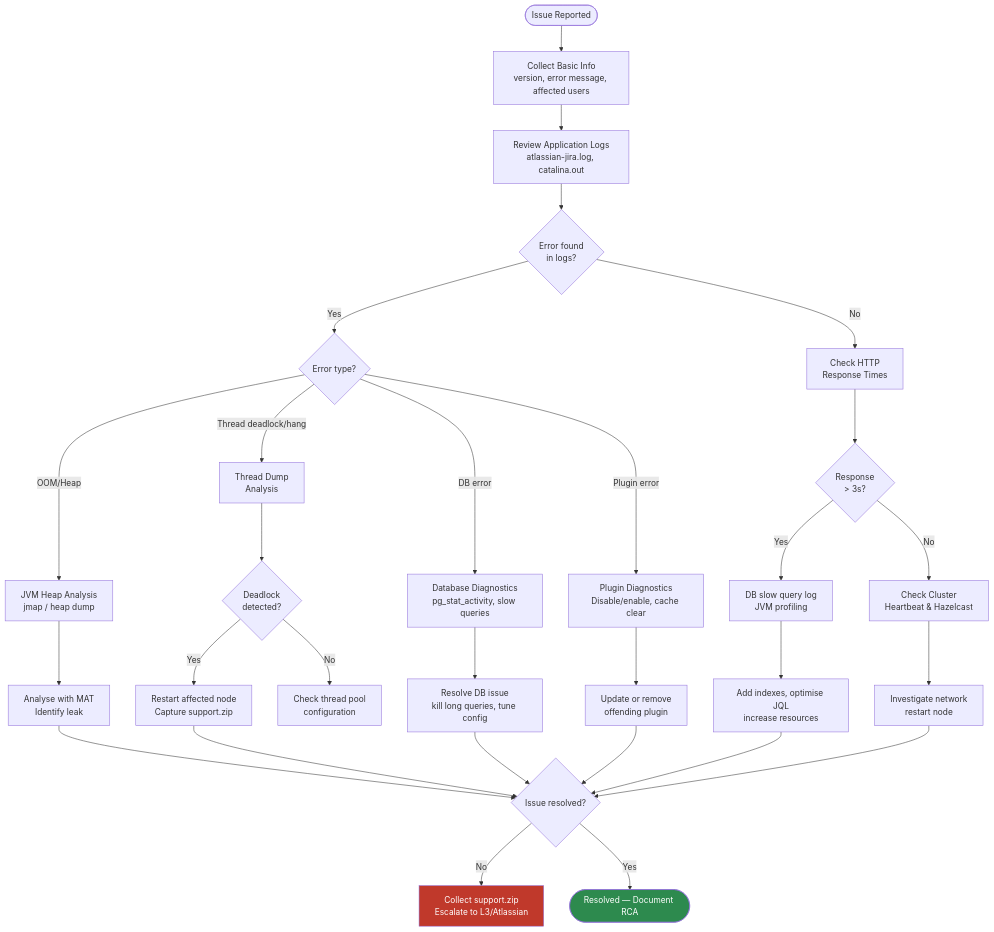
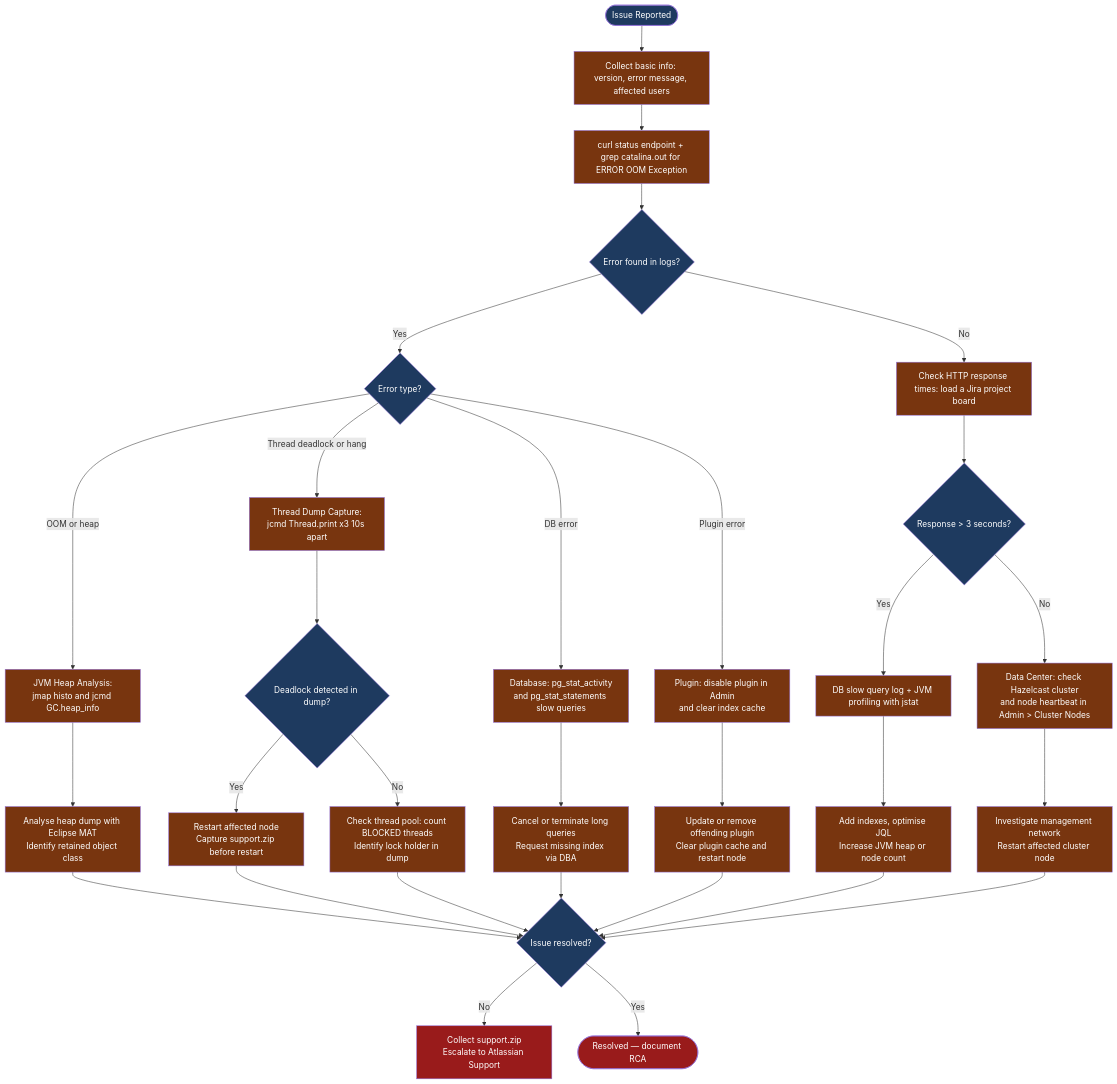
One commit to canast01/chris-kb changed the diagram in docs/itsm/jira/troubleshooting/diagnostics/index.md. Above: the diagram before and after it, drawn with Mermaid. The commit also changed other lines of this file and 4 other files, not shown here.

````diff
--- a/docs/itsm/jira/troubleshooting/diagnostics/index.md
+++ b/docs/itsm/jira/troubleshooting/diagnostics/index.md
@@ -29,42 +62,39 @@
 ```mermaid
-flowchart TD
-    ISSUE([Issue Reported]) --> BASIC[Collect Basic Info\nversion, error message, affected users]
+graph TD
+    A([Issue Reported]) --> B[Collect basic info: version, error message, affected users]
+    B --> C[curl status endpoint + grep catalina.out for ERROR OOM Exception]
+    C --> D{Error found in logs?}
+    D -->|Yes| E{Error type?}
+    D -->|No| F[Check HTTP response times: load a Jira project board]
+    E -->|OOM or heap| G[JVM Heap Analysis:\njmap histo and jcmd GC.heap_info]
+    E -->|Thread deadlock or hang| H[Thread Dump Capture:\njcmd Thread.print x3 10s apart]
+    E -->|DB error| I[Database: pg_stat_activity\nand pg_stat_statements slow queries]
+    E -->|Plugin error| J[Plugin: disable plugin in Admin\nand clear index cache]
+    F --> K{Response > 3 seconds?}
+    K -->|Yes| L[DB slow query log + JVM profiling with jstat]
+    K -->|No| M[Data Center: check Hazelcast cluster\nand node heartbeat in Admin > Cluster Nodes]
+    G --> N[Analyse heap dump with Eclipse MAT\nIdentify retained object class]
+    H --> O{Deadlock detected in dump?}
+    O -->|Yes| P[Restart affected node\nCapture support.zip before restart]
+    O -->|No| Q[Check thread pool: count BLOCKED threads\nIdentify lock holder in dump]
+    I --> R[Cancel or terminate long queries\nRequest missing index via DBA]
+    J --> S[Update or remove offending plugin\nClear plugin cache and restart node]
+    L --> T[Add indexes, optimise JQL\nIncrease JVM heap or node count]
+    M --> U[Investigate management network\nRestart affected cluster node]
+    N --> V{Issue resolved?}
+    P --> V
+    Q --> V
+    R --> V
+    S --> V
+    T --> V
+    U --> V
+    V -->|No| W[Collect support.zip\nEscalate to Atlassian Support]
+    V -->|Yes| X([Resolved — document RCA])
 
-    BASIC --> LOGS[Review Application Logs\natlassian-jira.log, catalina.out]
-
-    LOGS --> LOG_FINDING{Error found\nin logs?}
-
-    LOG_FINDING -- Yes --> CLASSIFY{Error type?}
-    LOG_FINDING -- No --> HTTP[Check HTTP\nResponse Times]
-
-    CLASSIFY -- OOM/Heap --> HEAP[JVM Heap Analysis\njmap / heap dump]
-    CLASSIFY -- Thread deadlock/hang --> THREAD[Thread Dump\nAnalysis]
-    CLASSIFY -- DB error --> DB[Database Diagnostics\npg_stat_activity, slow queries]
-    CLASSIFY -- Plugin error --> PLUGIN[Plugin Diagnostics\nDisable/enable, cache clear]
-
-    HTTP --> HTTP_SLOW{Response\n> 3s?}
-    HTTP_SLOW -- Yes --> PROFILE[DB slow query log\nJVM profiling]
-    HTTP_SLOW -- No --> CLUSTER[Check Cluster\nHeartbeat & Hazelcast]
-
-    HEAP --> ANALYSE[Analyse with MAT\nIdentify leak]
-    THREAD --> DEADLOCK{Deadlock\ndetected?}
-    DEADLOCK -- Yes --> RESTART[Restart affected node\nCapture support.zip]
-    DEADLOCK -- No --> POOL[Check thread pool\nconfiguration]
-    DB --> FIX_DB[Resolve DB issue\nkill long queries, tune config]
-    PLUGIN --> FIX_PLUGIN[Update or remove\noffending plugin]
-    PROFILE --> FIX_PERF[Add indexes, optimise JQL\nincrease resources]
-    CLUSTER --> FIX_CLUSTER[Investigate network\nrestart node]
-
-    ANALYSE --> SUPPORT{Issue resolved?}
-    RESTART --> SUPPORT
-    FIX_DB --> SUPPORT
-    FIX_PLUGIN --> SUPPORT
-    FIX_PERF --> SUPPORT
-    FIX_CLUSTER --> SUPPORT
-
-    SUPPORT -- No --> ESCALATE[Collect support.zip\nEscalate to L3/Atlassian]
-    SUPPORT -- Yes --> DONE([Resolved — Document RCA])
-
-    style DONE fill:#2d8a4e,color:#fff
-    style ESCALATE fill:#c0392b,color:#fff
+    classDef dark fill:#1e3a5f,color:#fff
+    classDef action fill:#78350f,color:#fff
+    classDef escalate fill:#991b1b,color:#fff
+    class A,D,E,K,O,V dark
+    class B,C,F,G,H,I,J,L,M,N,P,Q,R,S,T,U action
+    class W,X escalate
 ```
````
